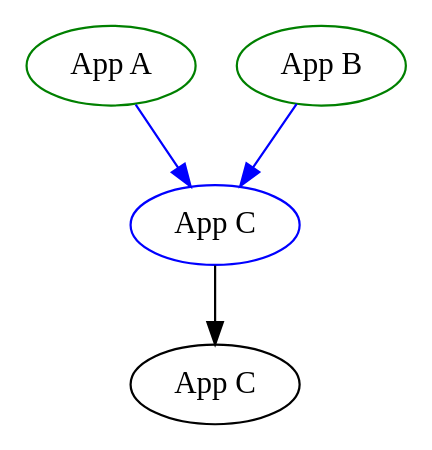
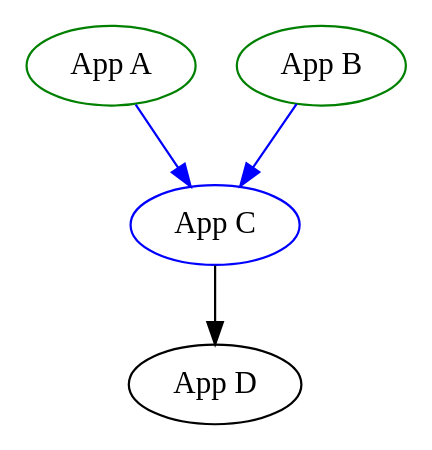
One commit to finos/waltz changed the third of 8 diagrams in docs/design/draft/platform/platform-flows.adoc. Above: the diagram before and after it, drawn with Graphviz.

Commit message:
Fixed mis-labeled node

```diff
--- a/docs/design/draft/platform/platform-flows.adoc
+++ b/docs/design/draft/platform/platform-flows.adoc
@@ -102,13 +102,13 @@
 [graphviz, direct-att-simple, svg]
 ----
 digraph B {
     A[label="App A", color="green"];
     B[label="App B", color="green"];
     C[label="App C", color="blue"];
-    D[label="App C"];
+    D[label="App D"];
 
     A->C[color=blue];
     B->C[color=blue];
     C->D[color=balck];
 }
 ----
```
